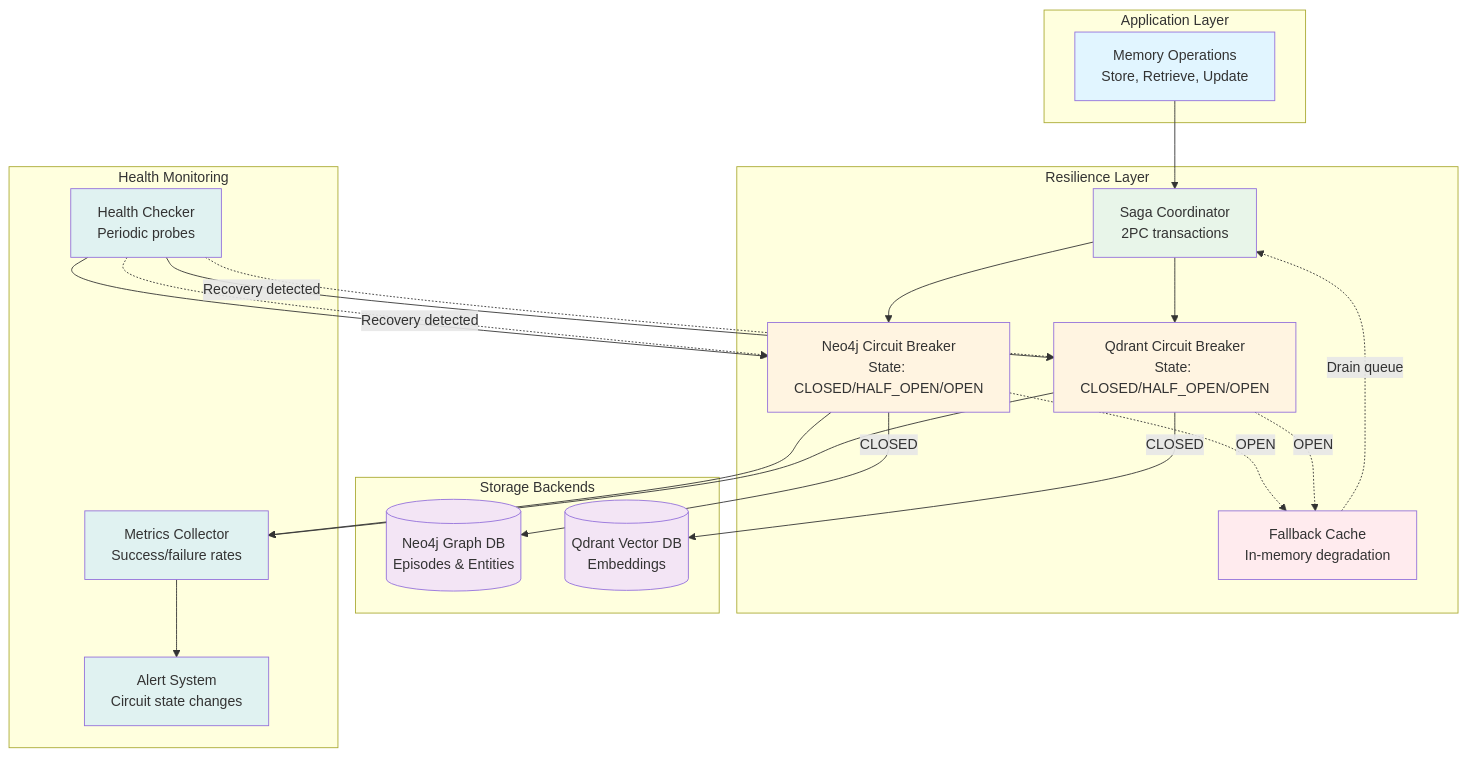
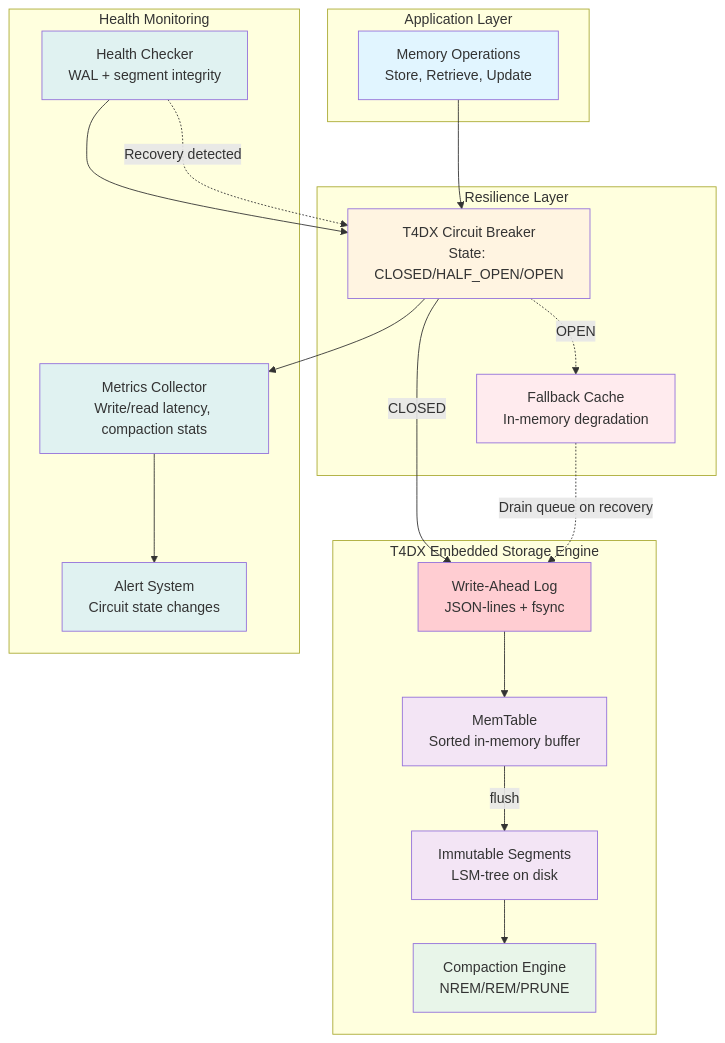
One commit to astoreyai/t4d changed the first of 5 diagrams in docs/diagrams/storage_resilience.md. Above: the diagram before and after it, drawn with Mermaid. The commit also changed other lines of this file and 31 other files, not shown here.

````diff
--- a/docs/diagrams/storage_resilience.md
+++ b/docs/diagrams/storage_resilience.md
@@ -7,60 +7,56 @@
 ```mermaid
 graph TB
     subgraph "Application Layer"
         APP[Memory Operations<br/>Store, Retrieve, Update]
     end
 
     subgraph "Resilience Layer"
-        CB_NEO[Neo4j Circuit Breaker<br/>State: CLOSED/HALF_OPEN/OPEN]
-        CB_QDR[Qdrant Circuit Breaker<br/>State: CLOSED/HALF_OPEN/OPEN]
-        SAGA[Saga Coordinator<br/>2PC transactions]
+        CB_T4DX[T4DX Circuit Breaker<br/>State: CLOSED/HALF_OPEN/OPEN]
         FALLBACK[Fallback Cache<br/>In-memory degradation]
     end
 
-    subgraph "Storage Backends"
-        NEO[(Neo4j Graph DB<br/>Episodes & Entities)]
-        QDR[(Qdrant Vector DB<br/>Embeddings)]
+    subgraph "T4DX Embedded Storage Engine"
+        WAL[Write-Ahead Log<br/>JSON-lines + fsync]
+        MT[MemTable<br/>Sorted in-memory buffer]
+        SEG[Immutable Segments<br/>LSM-tree on disk]
+        COMPACT[Compaction Engine<br/>NREM/REM/PRUNE]
     end
 
     subgraph "Health Monitoring"
-        HEALTH[Health Checker<br/>Periodic probes]
-        METRICS[Metrics Collector<br/>Success/failure rates]
+        HEALTH[Health Checker<br/>WAL + segment integrity]
+        METRICS[Metrics Collector<br/>Write/read latency, compaction stats]
         ALERTS[Alert System<br/>Circuit state changes]
     end
 
     %% Application to resilience
-    APP --> SAGA
-    SAGA --> CB_NEO
-    SAGA --> CB_QDR
+    APP --> CB_T4DX
 
-    %% Circuit breakers to backends
-    CB_NEO -->|CLOSED| NEO
-    CB_QDR -->|CLOSED| QDR
+    %% Circuit breaker to T4DX
+    CB_T4DX -->|CLOSED| WAL
+    WAL --> MT
+    MT -->|flush| SEG
+    SEG --> COMPACT
 
-    %% Fallback paths
-    CB_NEO -.->|OPEN| FALLBACK
-    CB_QDR -.->|OPEN| FALLBACK
+    %% Fallback path
+    CB_T4DX -.->|OPEN| FALLBACK
 
     %% Health monitoring
-    HEALTH --> CB_NEO
-    HEALTH --> CB_QDR
-    CB_NEO --> METRICS
-    CB_QDR --> METRICS
+    HEALTH --> CB_T4DX
+    CB_T4DX --> METRICS
     METRICS --> ALERTS
 
     %% Recovery paths
-    HEALTH -.->|Recovery detected| CB_NEO
-    HEALTH -.->|Recovery detected| CB_QDR
-    FALLBACK -.->|Drain queue| SAGA
+    HEALTH -.->|Recovery detected| CB_T4DX
+    FALLBACK -.->|Drain queue on recovery| WAL
 
     style APP fill:#e1f5ff
-    style CB_NEO fill:#fff4e1
-    style CB_QDR fill:#fff4e1
-    style SAGA fill:#e8f5e9
+    style CB_T4DX fill:#fff4e1
     style FALLBACK fill:#ffebee
-    style NEO fill:#f3e5f5
-    style QDR fill:#f3e5f5
+    style WAL fill:#ffcdd2
+    style MT fill:#f3e5f5
+    style SEG fill:#f3e5f5
+    style COMPACT fill:#e8f5e9
     style HEALTH fill:#e0f2f1
     style METRICS fill:#e0f2f1
     style ALERTS fill:#e0f2f1
 ```
````
